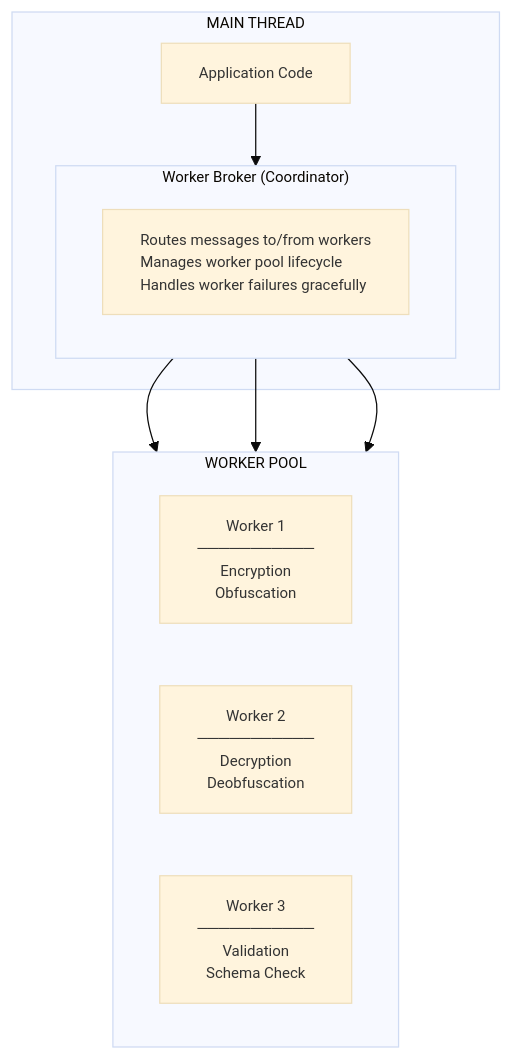
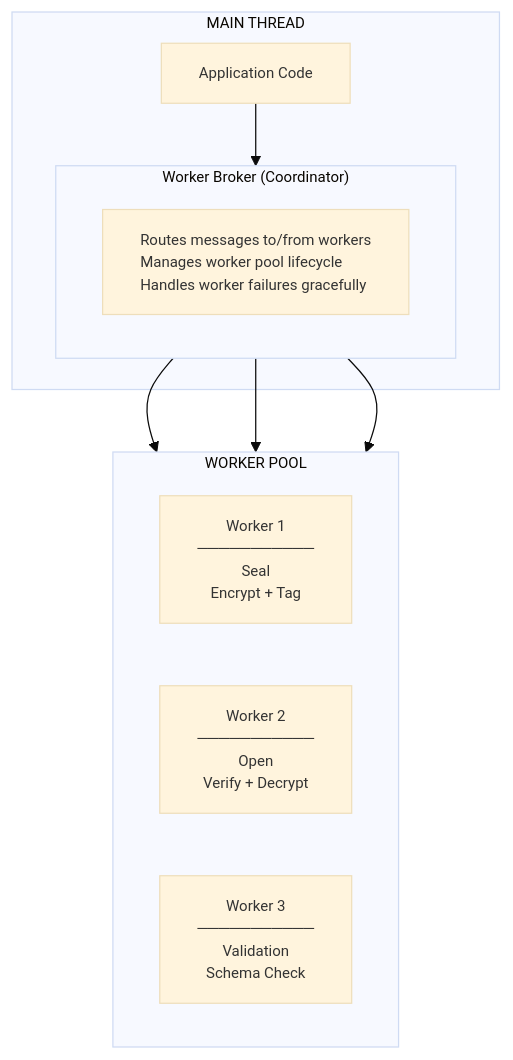
One commit to AndrewRedican/hyperfrontend changed the diagram in MANIFESTO.md. Above: the diagram before and after it, drawn with Mermaid. The commit also changed other lines of this file and 4 other files, not shown here.

````diff
--- a/MANIFESTO.md
+++ b/MANIFESTO.md
@@ -126,31 +130,31 @@
 ```mermaid
 ---
 config:
   theme: base
   themeVariables:
     fontSize: 12px
 ---
 flowchart TB
     subgraph MainThread["MAIN THREAD"]
         AppCode["Application Code"]
 
         subgraph WorkerBroker["Worker Broker (Coordinator)"]
             BrokerDesc["Routes messages to/from workers<br/>Manages worker pool lifecycle<br/>Handles worker failures gracefully"]:::cleanWide
         end
 
         AppCode --> WorkerBroker
     end
 
     subgraph WorkerPool["WORKER POOL"]
         direction LR
-        Worker1["Worker 1<br/>───────────<br/>Encryption<br/>Obfuscation"]
-        Worker2["Worker 2<br/>───────────<br/>Decryption<br/>Deobfuscation"]
+        Worker1["Worker 1<br/>───────────<br/>Seal<br/>Encrypt + Tag"]
+        Worker2["Worker 2<br/>───────────<br/>Open<br/>Verify + Decrypt"]
         Worker3["Worker 3<br/>───────────<br/>Validation<br/>Schema Check"]
     end
 
     WorkerBroker --> Worker1
     WorkerBroker --> Worker2
     WorkerBroker --> Worker3
 
     classDef cleanWide text-align:left,padding:0px 0px 0px
 ```
````
